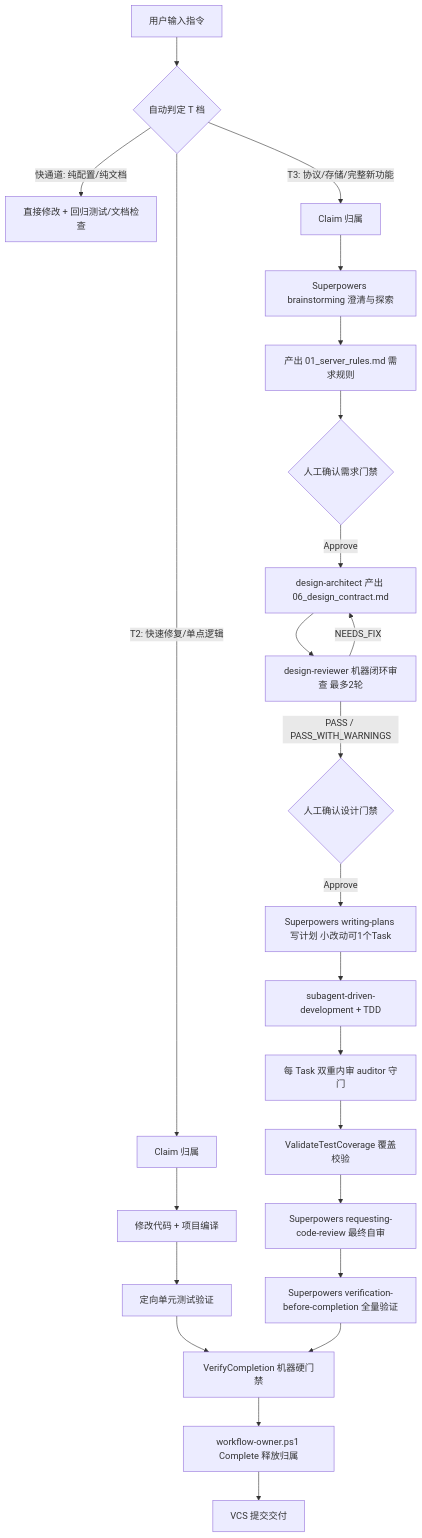
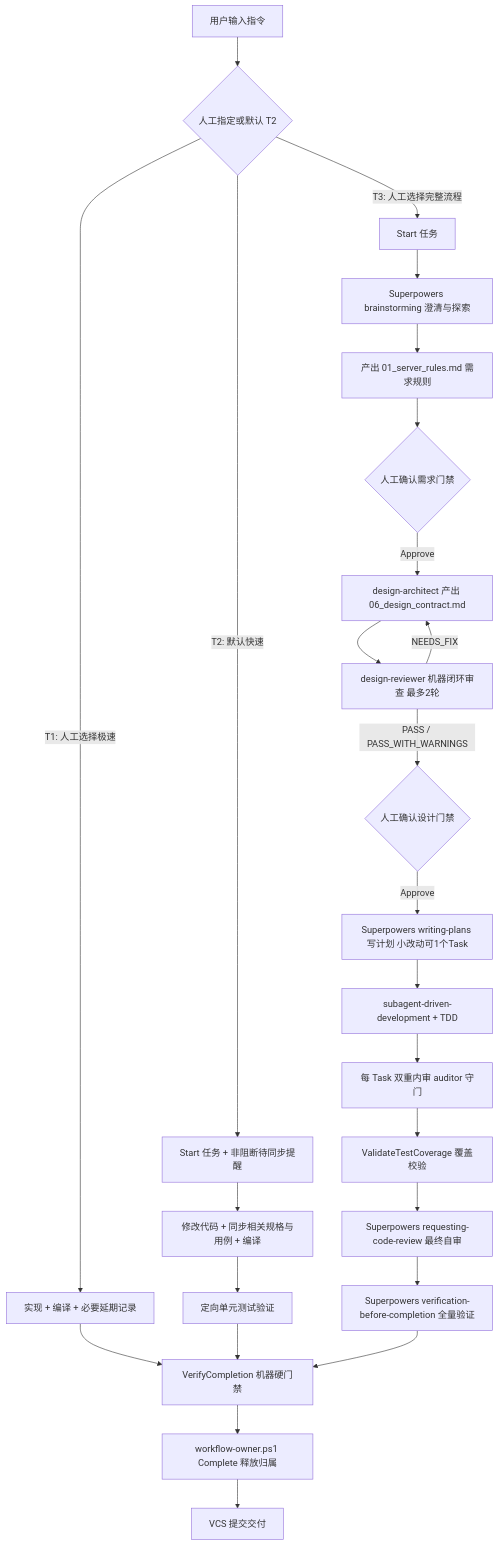
The diagram in SUPERPOWERS_MANUAL.md (jitawangzi/agent-sop), drawn with Mermaid before and after one commit. The commit also changed other lines of this file and 22 other files, not shown here.

````diff
--- a/SUPERPOWERS_MANUAL.md
+++ b/SUPERPOWERS_MANUAL.md
@@ -91,30 +91,31 @@
 ```mermaid
 flowchart TD
-    A[用户输入指令] --> B{自动判定 T 档}
+    A[用户输入指令] --> B{人工指定或默认 T2}
     
-    B -->|快通道: 纯配置/纯文档| C[直接修改 + 回归测试/文档检查]
+    B -->|T1: 人工选择极速| C[实现 + 编译 + 必要延期记录]
+    C --> S
     
-    B -->|T2: 快速修复/单点逻辑| D[Claim 归属]
-    D --> D1[修改代码 + 项目编译]
+    B -->|T2: 默认快速| D[Start 任务 + 非阻断待同步提醒]
+    D --> D1[修改代码 + 同步相关规格与用例 + 编译]
     D1 --> D2[定向单元测试验证]
     D2 --> S[VerifyCompletion 硬门禁检验]
     
-    B -->|T3: 协议/存储/完整新功能| E[Claim 归属]
+    B -->|T3: 人工选择完整流程| E[Start 任务]
     E --> F[Superpowers brainstorming 澄清与探索]
     F --> G[产出 01_server_rules.md 需求规则]
     G --> H{人工确认需求门禁}
     H -->|Approve| I[design-architect 产出 06_design_contract.md]
     I --> J[design-reviewer 机器闭环审查 最多2轮]
     J -->|PASS / PASS_WITH_WARNINGS| K{人工确认设计门禁}
     J -->|NEEDS_FIX| I
     K -->|Approve| L[Superpowers writing-plans 写计划 小改动可1个Task]
     L --> M[subagent-driven-development + TDD]
     M --> N[每 Task 双重内审 auditor 守门]
     N --> O[ValidateTestCoverage 覆盖校验]
     O --> P[Superpowers requesting-code-review 最终自审]
     P --> Q[Superpowers verification-before-completion 全量验证]
     Q --> S[VerifyCompletion 机器硬门禁]
     
     S --> T[workflow-owner.ps1 Complete 释放归属]
     T --> U[VCS 提交交付]
 ```
````
